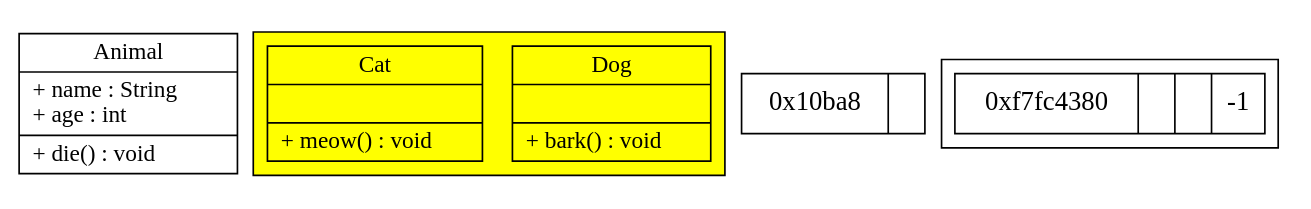
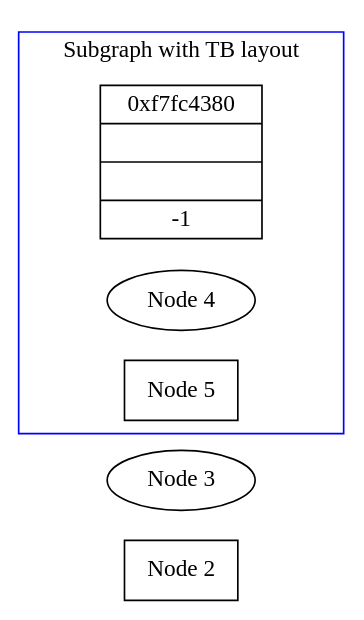
One commit to sisyphus1212/note changed the diagram in dpdk/内存管理.md. Above: the diagram before and after it, drawn with Graphviz.

Commit message:
auto_update

````diff
--- a/dpdk/内存管理.md
+++ b/dpdk/内存管理.md
@@ -79,26 +79,25 @@
 ```graphviz
-digraph g {
-	Animal[label = "{Animal | + name : String\l+ age : int\l |+ die() : void\l}", shape = "record" ];
-	subgraph clusterAnimalImpl{
-		bgcolor = "yellow";
-		Dog[label = "{Dog| |+ bark() : void\l}" , shape = "record"];
-		Cat[label = "{Cat| |+ meow() : void\l}" , shape = "record"];
-	};
-	node [
-	fontsize = "16"
-	shape = "ellipse"
-	];
-	"node0" [
-		rankdir=TB;
-		label = "<f0> 0x10ba8| <f1>"
-		shape = "record"
-	];
-	subgraph cluster_0 {
-		rankdir=LR;
-		"node1" [
-		label = "<f0> 0xf7fc4380| <f1> | <f2> |-1"
-		shape = "record"
-		];
-	}
+digraph G {
+    // Default rank direction affects all nodes globally unless overridden
+    rankdir=LR;
+
+    // Define other nodes here, which will follow the global LR layout
+    node2 [label="Node 2" shape="box"];
+    node3 [label="Node 3" shape="ellipse"];
+
+    // Subgraph with specific layout direction
+    subgraph cluster_0 {
+        rankdir=TB;  // This only affects nodes within the subgraph
+
+        node1 [label="<f0> 0xf7fc4380| <f1> | <f2> |-1" shape="record"];
+
+        // Additional nodes in the subgraph could be defined here
+        node4 [label="Node 4" shape="ellipse"];
+        node5 [label="Node 5" shape="box"];
+
+        label = "Subgraph with TB layout"; // Optional label for the subgraph
+        color = "blue"; // Optional color to distinguish the subgraph
+    }
 }
+
 ```
````
